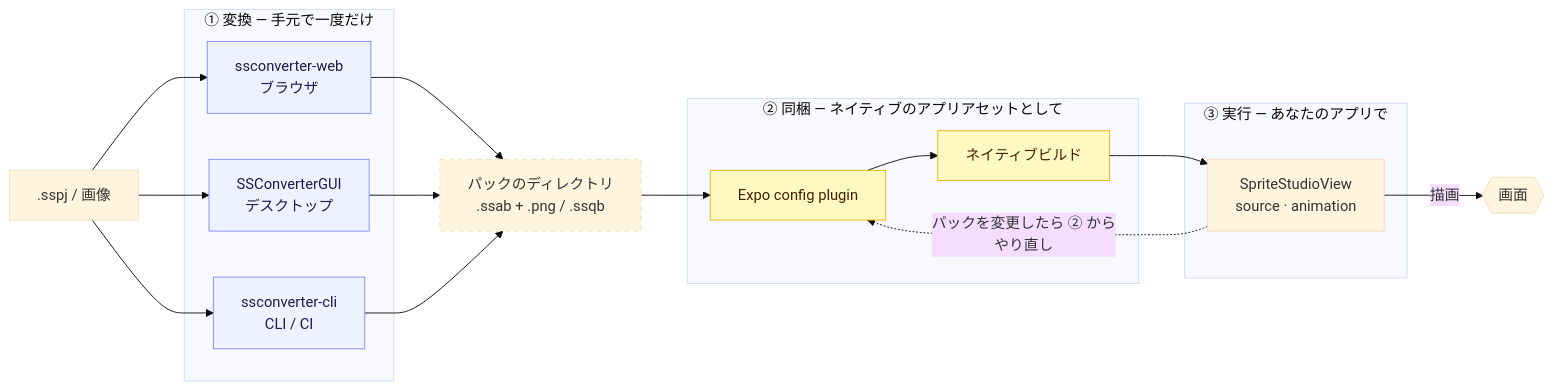
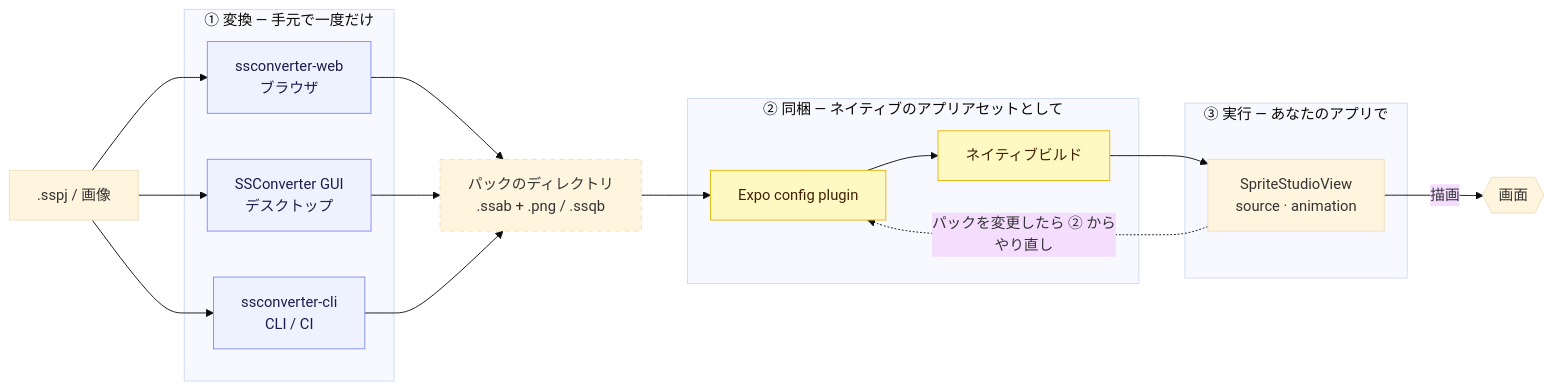
One commit to cri-middleware/SSPlayerForReactNative changed the diagram in docs/ja/setup/assets.md. Above: the diagram before and after it, drawn with Mermaid (base theme). The commit also changed other lines of this file and 1 other file, not shown here.

Commit message:
docs: call the converter app SSConverter GUI
The app's product name is "SSConverter GUI" — its README, docs site and
window say so — but pages across the family wrote the repository name,
`SSConverterGUI`, where they meant the app. Repository URLs, release file
names (`SSConverterGUI.app`, `SSConverterGUI_<version>_*.zip`) and the
places that name the repository to report to keep the repository name.

````diff
--- a/docs/ja/setup/assets.md
+++ b/docs/ja/setup/assets.md
@@ -11,42 +11,42 @@
 ```mermaid
 graph LR
     SS[".sspj / 画像"]
 
     subgraph Convert ["① 変換 — 手元で一度だけ"]
         WEB["ssconverter-web<br>ブラウザ"]
-        GUI["SSConverterGUI<br>デスクトップ"]
+        GUI["SSConverter GUI<br>デスクトップ"]
         CLI["ssconverter-cli<br>CLI / CI"]
     end
 
     PACK["パックのディレクトリ<br>.ssab + .png / .ssqb"]
 
     subgraph Ship ["② 同梱 — ネイティブのアプリアセットとして"]
         PLUGIN["Expo config plugin"]
         BUILD["ネイティブビルド"]
     end
 
     subgraph Run ["③ 実行 — あなたのアプリで"]
         VIEW["SpriteStudioView<br>source · animation"]
     end
 
     CANVAS{{"画面"}}
 
     SS --> WEB
     SS --> GUI
     SS --> CLI
     WEB --> PACK
     GUI --> PACK
     CLI --> PACK
     PACK --> PLUGIN
     PLUGIN --> BUILD
     BUILD --> VIEW
     VIEW -->|"描画"| CANVAS
     VIEW -. "パックを変更したら ② からやり直し" .-> PLUGIN
 
     classDef gen stroke-dasharray:5 5;
     class PACK gen;
     classDef tool fill:#eef2ff,stroke:#818cf8,color:#1e1b4b;
     class WEB,GUI,CLI tool;
     classDef ship fill:#fef9c3,stroke:#eab308,color:#422006;
     class PLUGIN,BUILD ship;
 ```
````
